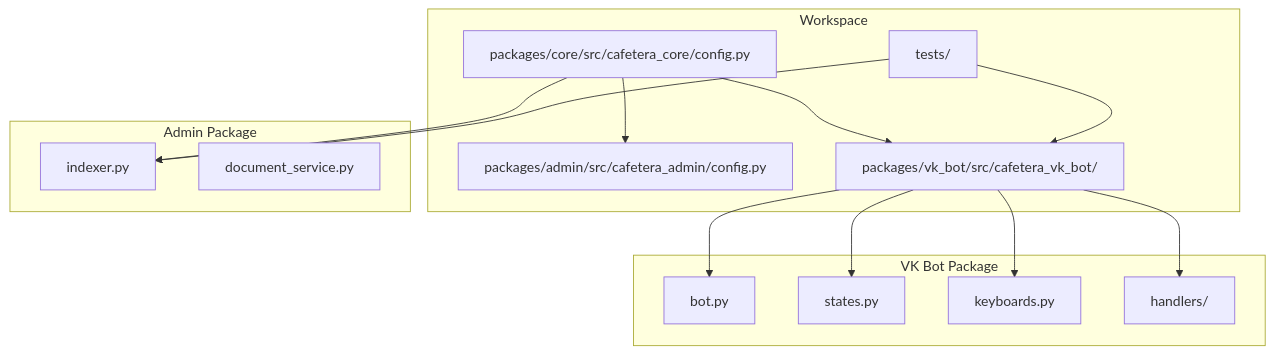
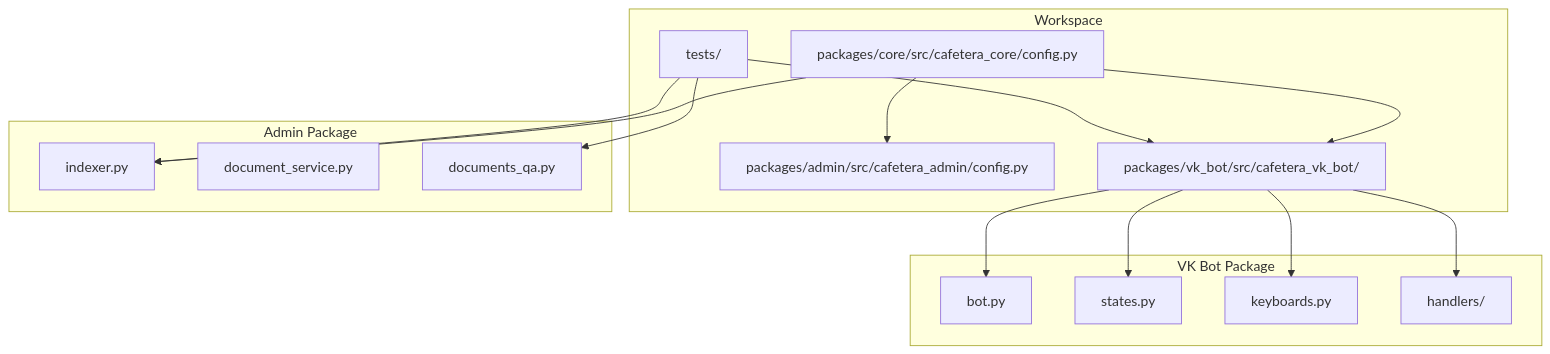
Before and after one commit to ognelis/cafetera_hr_bot: the first of 15 diagrams in .qoder/repowiki/en/content/Document Management System.md, drawn with Mermaid. The commit also changed other lines of this file and 6 other files, not shown here.

````diff
--- a/.qoder/repowiki/en/content/Document Management System.md
+++ b/.qoder/repowiki/en/content/Document Management System.md
@@ -59,28 +65,30 @@
 ```mermaid
 graph TB
 subgraph "Workspace"
 CORE["packages/core/src/cafetera_core/config.py"]
 ADMIN["packages/admin/src/cafetera_admin/config.py"]
 VKBOT["packages/vk_bot/src/cafetera_vk_bot/"]
 TESTS["tests/"]
 end
 subgraph "VK Bot Package"
 BOT["bot.py"]
 STATES["states.py"]
 KEYBOARDS["keyboards.py"]
 HANDLERS["handlers/"]
 end
 subgraph "Admin Package"
 INDEXER["indexer.py"]
 DOC_SERVICE["document_service.py"]
+QA_API["documents_qa.py"]
 end
 CORE --> ADMIN
 CORE --> VKBOT
 CORE --> INDEXER
 VKBOT --> BOT
 VKBOT --> STATES
 VKBOT --> KEYBOARDS
 VKBOT --> HANDLERS
 TESTS --> VKBOT
 TESTS --> INDEXER
+TESTS --> QA_API
 ```
````
